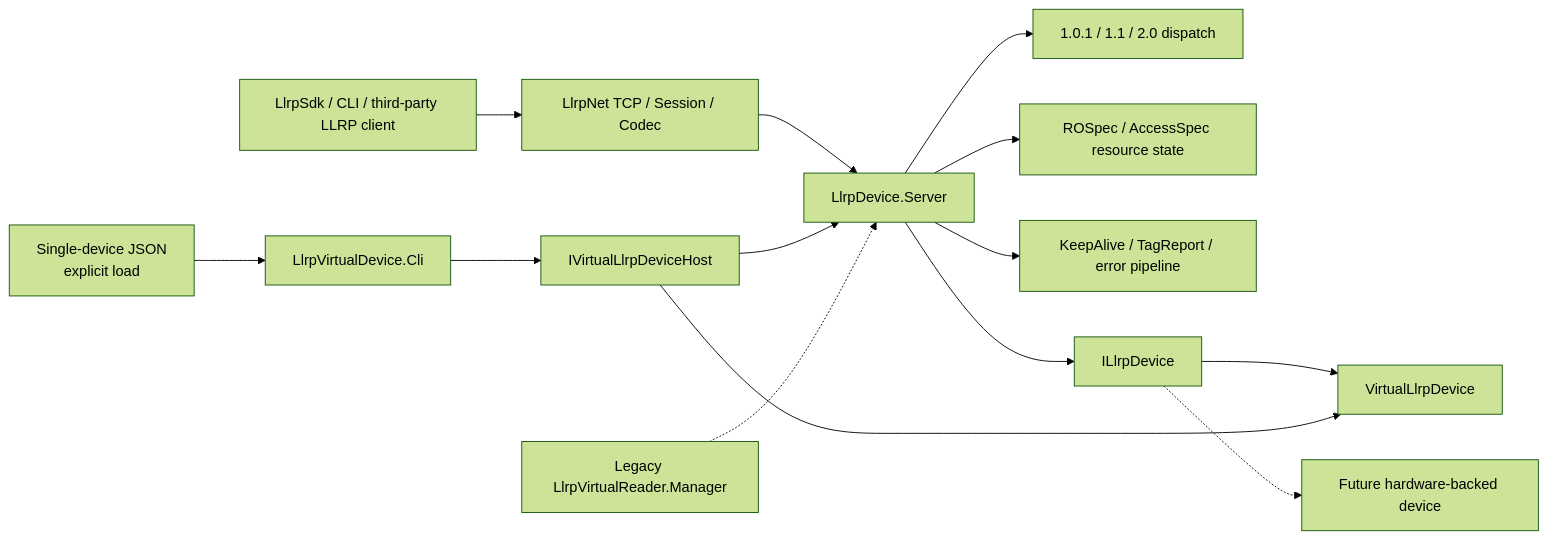
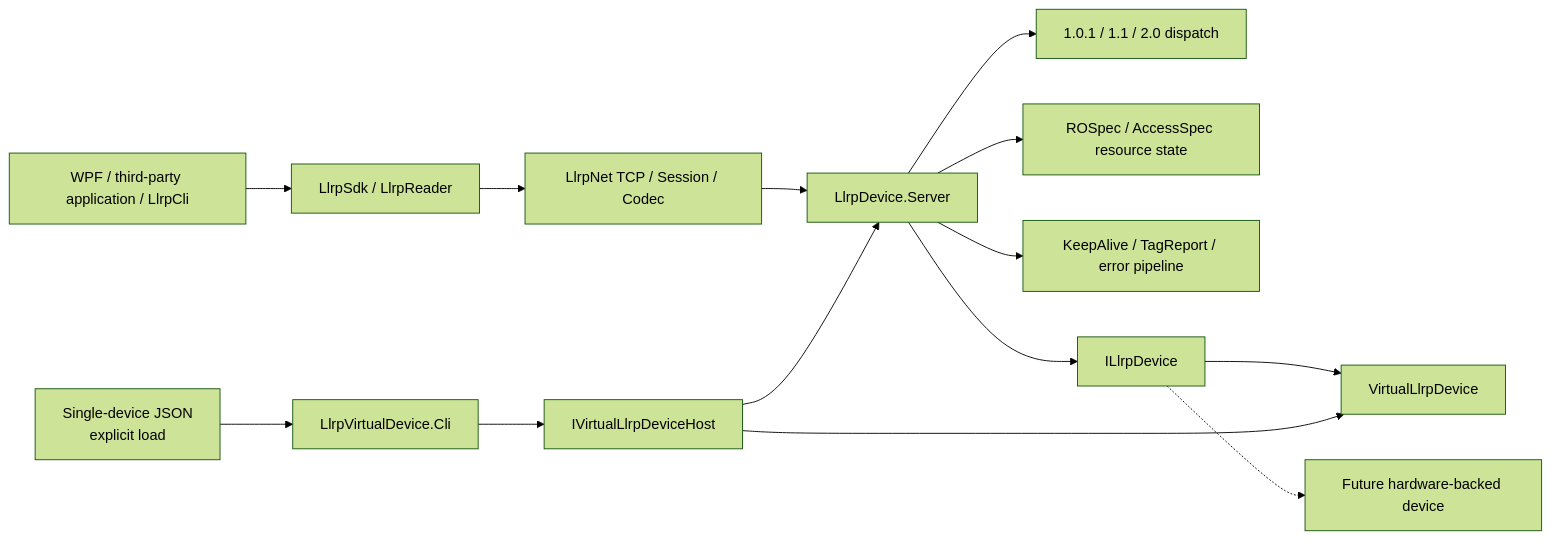
Before and after one commit to newton5555/LLRPCSharp: the first of 2 diagrams in docs/architecture/overview.md, drawn with Mermaid (forest theme). The commit also changed other lines of this file and 51 other files, not shown here.

Commit message:
refactor: separate client and virtual device CLI boundaries

````diff
--- a/docs/architecture/overview.md
+++ b/docs/architecture/overview.md
@@ -33,16 +32,16 @@
 ```mermaid
 flowchart LR
-    Client["LlrpSdk / CLI / third-party LLRP client"] --> Net["LlrpNet TCP / Session / Codec"]
+    Client["WPF / third-party application / LlrpCli"] --> SDK["LlrpSdk / LlrpReader"]
+    SDK --> Net["LlrpNet TCP / Session / Codec"]
     Net --> Server["LlrpDevice.Server"]
     Server --> Protocol["1.0.1 / 1.1 / 2.0 dispatch"]
     Server --> Resources["ROSpec / AccessSpec resource state"]
     Server --> Reports["KeepAlive / TagReport / error pipeline"]
     Server --> Contract["ILlrpDevice"]
     Contract --> Virtual["VirtualLlrpDevice"]
     Contract -.-> Physical["Future hardware-backed device"]
     Host["IVirtualLlrpDeviceHost"] --> Server
     Host --> Virtual
     DeviceCli["LlrpVirtualDevice.Cli"] --> Host
-    Manager["Legacy LlrpVirtualReader.Manager"] -.-> Server
     Config["Single-device JSON<br/>explicit load"] --> DeviceCli
 ```
````
